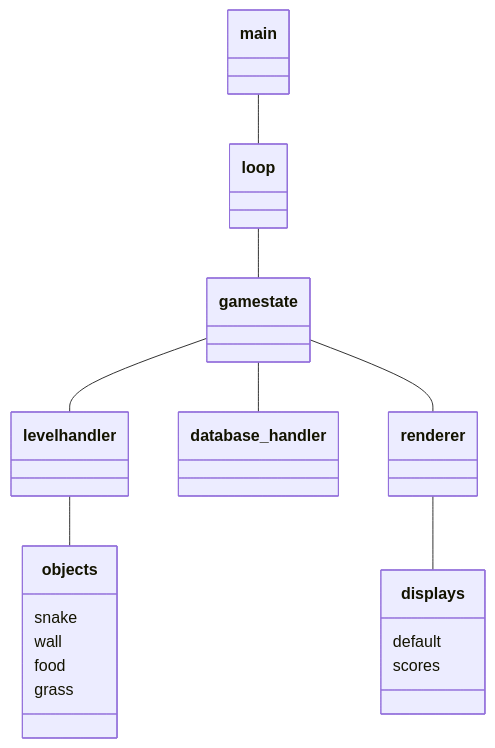
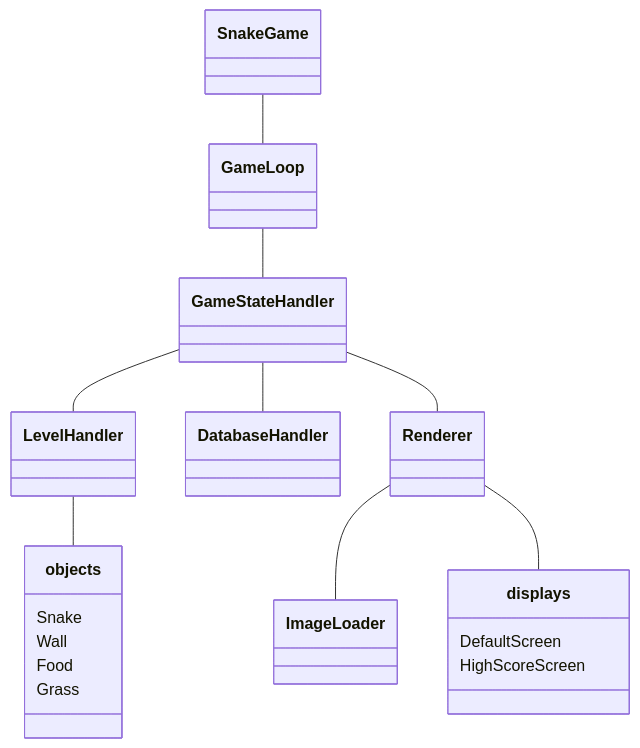
Before and after one commit to valttteri/ot-harjoitustyo: the first of 5 diagrams in dokumentaatio/arkkitehtuuri.md, drawn with Mermaid. The commit also changed other lines of this file, not shown here.

````diff
--- a/dokumentaatio/arkkitehtuuri.md
+++ b/dokumentaatio/arkkitehtuuri.md
@@ -3,22 +6,23 @@
 ```mermaid
  classDiagram
-    main -- loop
-    loop -- gamestate
-    gamestate -- levelhandler
-    gamestate -- database_handler
-    gamestate -- renderer
-    levelhandler -- objects
-    renderer -- displays
+    SnakeGame -- GameLoop
+    GameLoop -- GameStateHandler
+    GameStateHandler -- LevelHandler
+    GameStateHandler -- DatabaseHandler
+    GameStateHandler -- Renderer
+    Renderer -- ImageLoader
+    LevelHandler -- objects
+    Renderer -- displays
 
   class displays {
-    default
-    scores
+    DefaultScreen
+    HighScoreScreen
 }
 
   class objects {
-    snake
-    wall
-    food
-    grass
+    Snake
+    Wall
+    Food
+    Grass
 }
 ```
````
